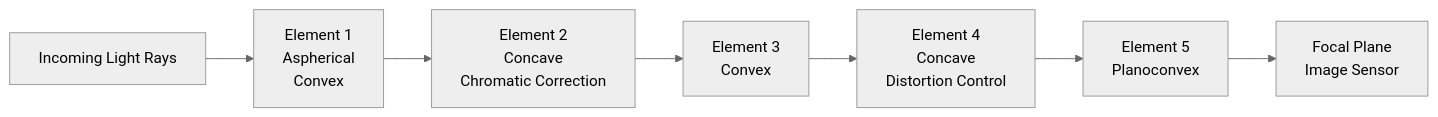
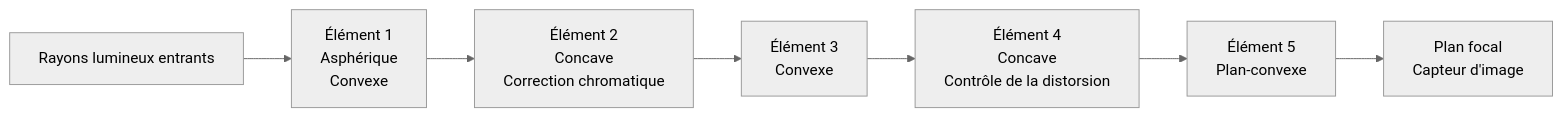
Before and after one commit to zoozooll/AndroidCameraParameters: the first of 5 diagrams in website/i18n/fr/docusaurus-plugin-content-docs/current/camera2/understanding-smartphone-cameras.md, drawn with Mermaid (neutral theme). The commit also changed other lines of this file and 378 other files, not shown here.

````diff
--- a/website/i18n/fr/docusaurus-plugin-content-docs/current/camera2/understanding-smartphone-cameras.md
+++ b/website/i18n/fr/docusaurus-plugin-content-docs/current/camera2/understanding-smartphone-cameras.md
@@ -47,9 +47,9 @@
 ```mermaid
 graph LR
-    A[Incoming Light Rays] --> B[Element 1\nAspherical\nConvex]
-    B --> C[Element 2\nConcave\nChromatic Correction]
-    C --> D[Element 3\nConvex]
-    D --> E[Element 4\nConcave\nDistortion Control]
-    E --> F[Element 5\nPlanoconvex]
-    F --> G[Focal Plane\nImage Sensor]
+    A["Rayons lumineux entrants"] --> B["Élément 1<br/>Asphérique<br/>Convexe"]
+    B --> C[Élément 2<br/>Concave<br/>Correction chromatique]
+    C --> D[Élément 3<br/>Convexe]
+    D --> E[Élément 4<br/>Concave<br/>Contrôle de la distorsion]
+    E --> F[Élément 5<br/>Plan-convexe]
+    F --> G[Plan focal<br/>Capteur d'image]
 ```
````
